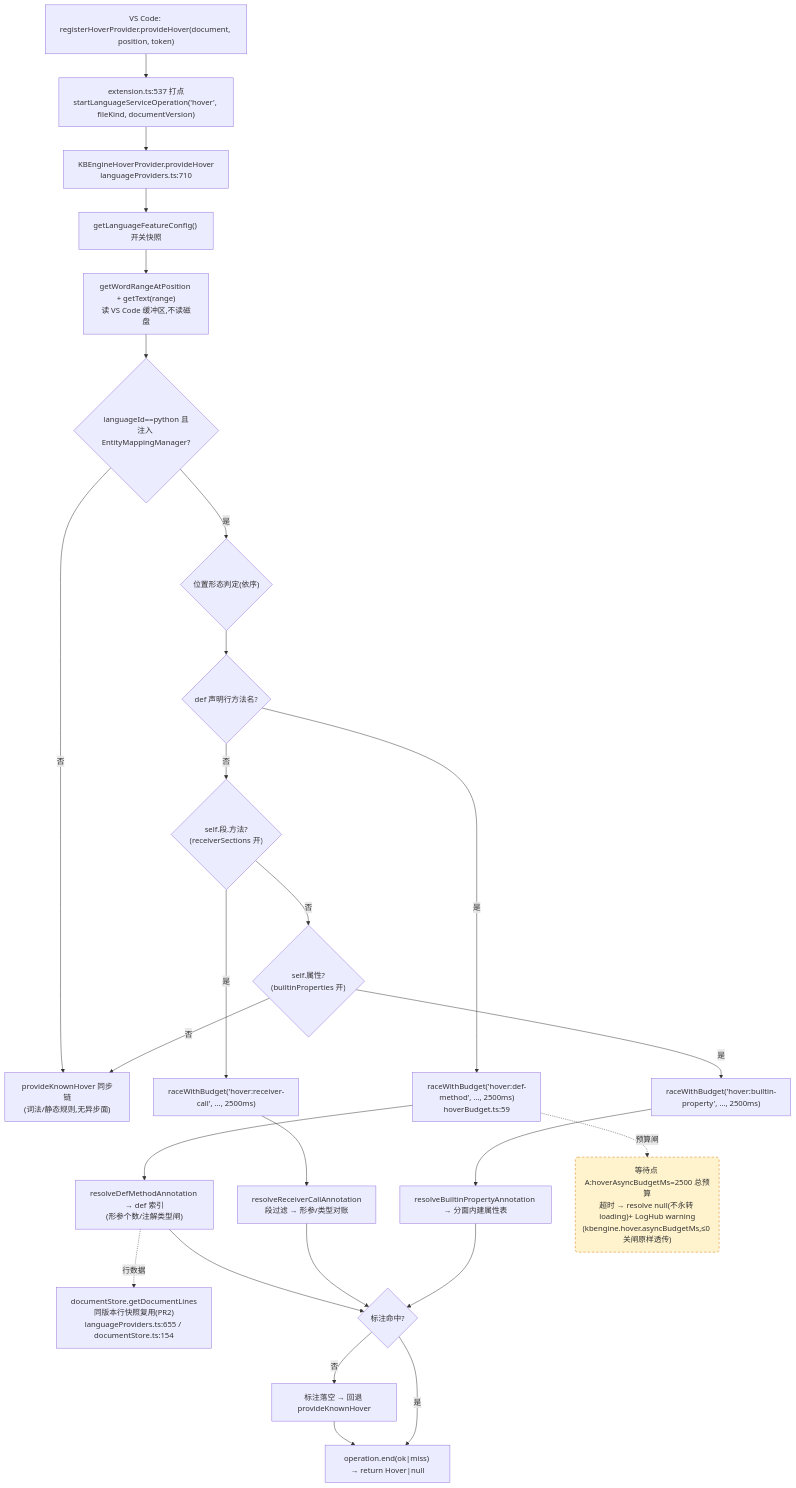
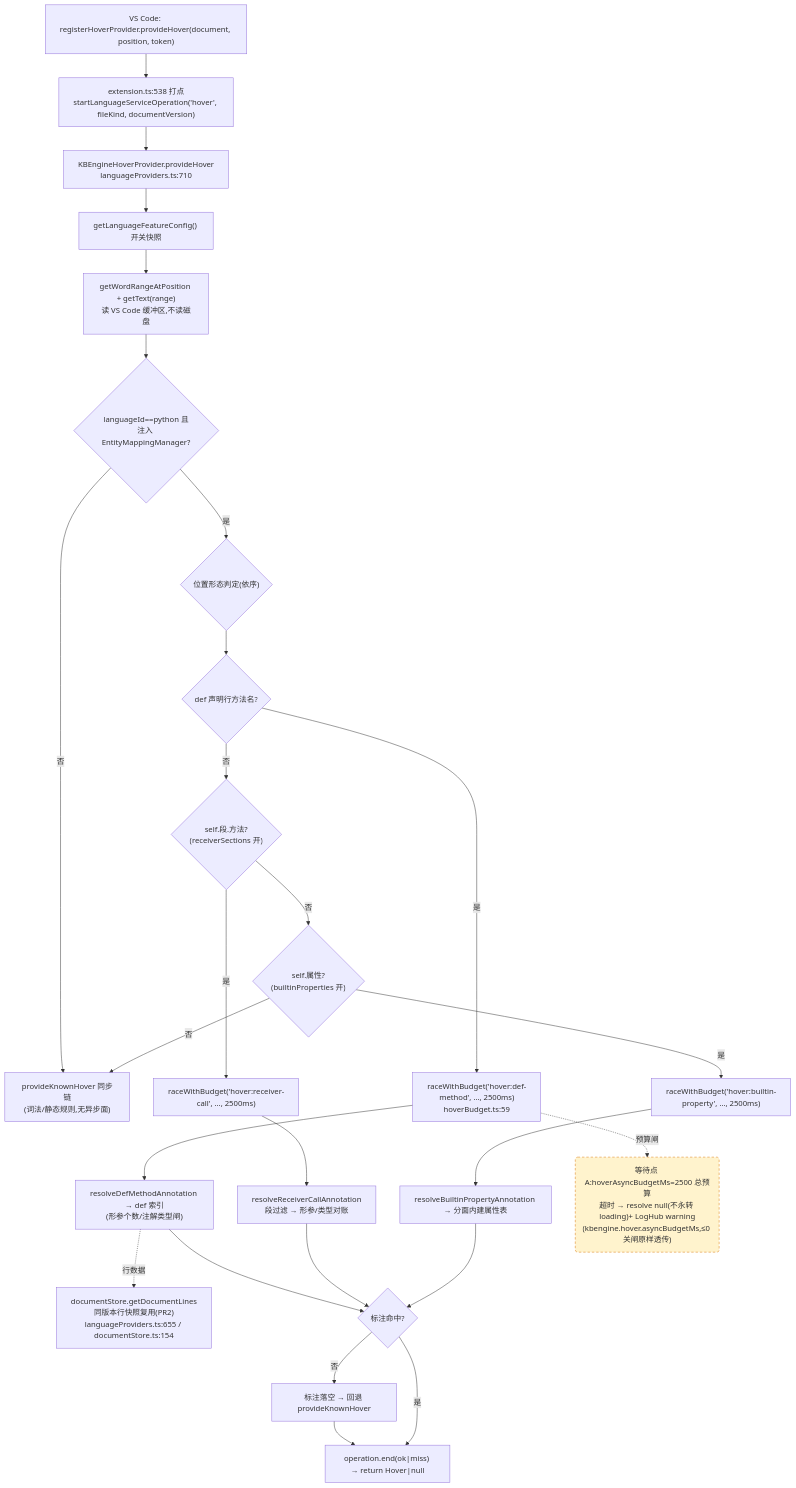
Before and after one commit to cuihairu/kode: the first of 4 diagrams in docs/perf/2026-baseline.md, drawn with Mermaid. The commit also changed other lines of this file and 5 other files, not shown here.

````diff
--- a/docs/perf/2026-baseline.md
+++ b/docs/perf/2026-baseline.md
@@ -82,45 +82,45 @@
 ```mermaid
 flowchart TD
   VC1["VS Code: registerHoverProvider.provideHover(document, position, token)"]
-  M1["extension.ts:537 打点<br/>startLanguageServiceOperation('hover', fileKind, documentVersion)"]
+  M1["extension.ts:538 打点<br/>startLanguageServiceOperation('hover', fileKind, documentVersion)"]
   HP["KBEngineHoverProvider.provideHover<br/>languageProviders.ts:710"]
   CFG["getLanguageFeatureConfig() 开关快照"]
   WORD["getWordRangeAtPosition + getText(range)<br/>读 VS Code 缓冲区,不读磁盘"]
   BR{"languageId==python 且<br/>注入 EntityMappingManager?"}
   KN["provideKnownHover 同步链<br/>(词法/静态规则,无异步面)"]
   POS{"位置形态判定(依序)"}
   D1{"def 声明行方法名?"}
   D2{"self.段.方法?<br/>(receiverSections 开)"}
   D3{"self.属性?<br/>(builtinProperties 开)"}
   RA1["raceWithBudget('hover:def-method', …, 2500ms)<br/>hoverBudget.ts:59"]
   RA2["raceWithBudget('hover:receiver-call', …, 2500ms)"]
   RA3["raceWithBudget('hover:builtin-property', …, 2500ms)"]
   RS1["resolveDefMethodAnnotation → def 索引<br/>(形参个数/注解类型闸)"]
   RS2["resolveReceiverCallAnnotation<br/>段过滤 → 形参/类型对账"]
   RS3["resolveBuiltinPropertyAnnotation → 分面内建属性表"]
   LINES["documentStore.getDocumentLines<br/>同版本行快照复用(PR2)<br/>languageProviders.ts:655 / documentStore.ts:154"]
   MISS["标注落空 → 回退 provideKnownHover"]
   END1["operation.end(ok|miss) → return Hover|null"]
 
   VC1 --> M1 --> HP --> CFG --> WORD --> BR
   BR -- "否" --> KN
   BR -- "是" --> POS --> D1
   D1 -- "是" --> RA1 --> RS1
   D1 -- "否" --> D2
   D2 -- "是" --> RA2 --> RS2
   D2 -- "否" --> D3
   D3 -- "是" --> RA3 --> RS3
   D3 -- "否" --> KN
   RS1 --> HIT{"标注命中?"}
   RS2 --> HIT
   RS3 --> HIT
   RS1 -.->|行数据| LINES
   HIT -- "否" --> MISS --> END1
   HIT -- "是" --> END1
 
   WAITA("等待点 A:hoverAsyncBudgetMs=2500 总预算<br/>超时 → resolve null(不永转 loading)+ LogHub warning<br/>(kbengine.hover.asyncBudgetMs,≤0 关闸原样透传)")
   RA1 -.->|预算闸| WAITA
 
   classDef waitPoint fill:#fff3cd,stroke:#d97706,stroke-dasharray:5 4;
   class WAITA waitPoint;
 ```
````
